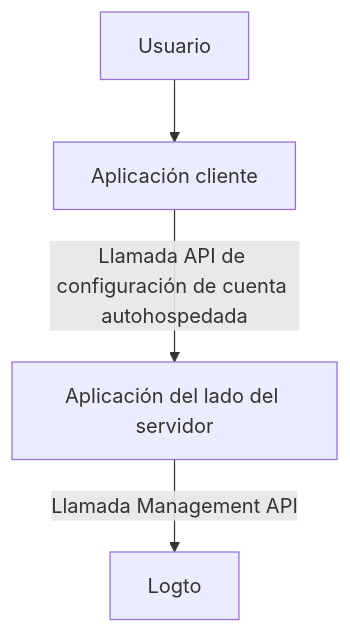
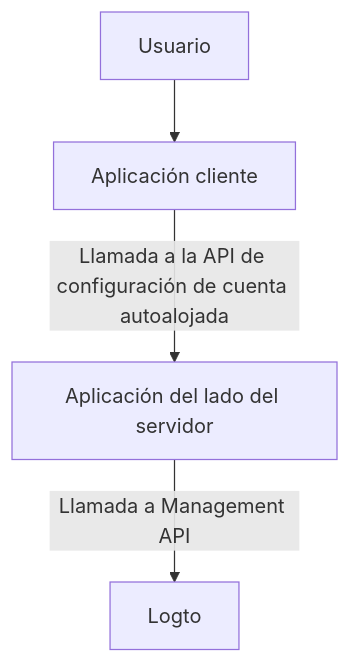
The first of 3 diagrams in i18n/es/docusaurus-plugin-content-docs/current/end-user-flows/account-settings/by-management-api.mdx (logto-io/docs), drawn with Mermaid before and after one commit. The commit also changed other lines of this file and 137 other files, not shown here.

````diff
--- a/i18n/es/docusaurus-plugin-content-docs/current/end-user-flows/account-settings/by-management-api.mdx
+++ b/i18n/es/docusaurus-plugin-content-docs/current/end-user-flows/account-settings/by-management-api.mdx
@@ -13,6 +13,6 @@
 ```mermaid
   graph TB
     A[Usuario] --> B[Aplicación cliente]
-    B -->|Llamada API de configuración de cuenta autohospedada|C[Aplicación del lado del servidor]
-    C -->|Llamada Management API| D[Logto]
+    B -->|Llamada a la API de configuración de cuenta autoalojada|C[Aplicación del lado del servidor]
+    C -->|Llamada a Management API| D[Logto]
 ```
````
